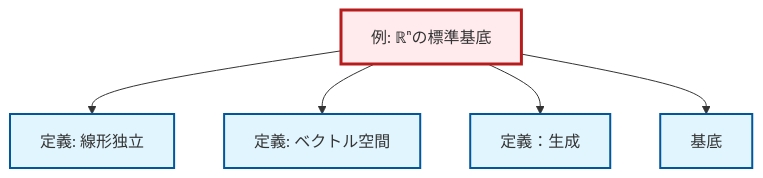
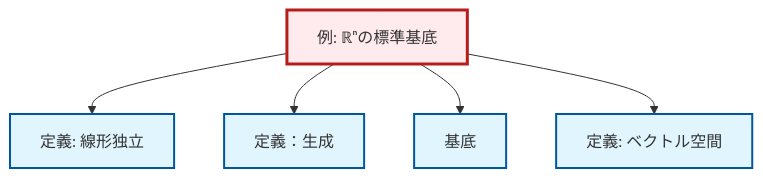
Before and after one commit to RK0429/ModernMath: the diagram in content/ja/algebra/ex-standard-basis-rn.qmd, drawn with Mermaid. The commit also changed 672 other files, not shown here.

````diff
--- a/content/ja/algebra/ex-standard-basis-rn.qmd
+++ b/content/ja/algebra/ex-standard-basis-rn.qmd
@@ -63,23 +63,23 @@
 ```{mermaid}
-%%| fig-cap: "Local dependency graph"
+%%| fig-cap: "ローカル依存関係グラフ"
 graph TD
     classDef definition fill:#e1f5fe,stroke:#01579b,stroke-width:2px
     classDef theorem fill:#f3e5f5,stroke:#4a148c,stroke-width:2px
     classDef axiom fill:#fff3e0,stroke:#e65100,stroke-width:2px
     classDef example fill:#e8f5e9,stroke:#1b5e20,stroke-width:2px
     classDef current fill:#ffebee,stroke:#b71c1c,stroke-width:3px
+    def-span["定義：生成"]:::definition
+    def-linear-independence["定義: 線形独立"]:::definition
+    ex-standard-basis-rn["例: ℝⁿの標準基底"]:::example
     def-vector-space["定義: ベクトル空間"]:::definition
-    def-linear-independence["定義: 線形独立"]:::definition
-    def-span["定義：生成"]:::definition
     def-basis["基底"]:::definition
-    ex-standard-basis-rn["例: ℝⁿの標準基底"]:::example
     ex-standard-basis-rn --> def-linear-independence
-    ex-standard-basis-rn --> def-vector-space
     ex-standard-basis-rn --> def-span
     ex-standard-basis-rn --> def-basis
+    ex-standard-basis-rn --> def-vector-space
     class ex-standard-basis-rn current
+    click def-span "def-span.html" "定義：生成へ"
+    click def-linear-independence "def-linear-independence.html" "線形独立の定義へ"
     click def-vector-space "def-vector-space.html" "ベクトル空間の定義へ"
-    click def-linear-independence "def-linear-independence.html" "線形独立の定義へ"
-    click def-span "def-span.html" "定義：生成へ"
     click def-basis "def-basis.html" "基底へ"
 ```
````
